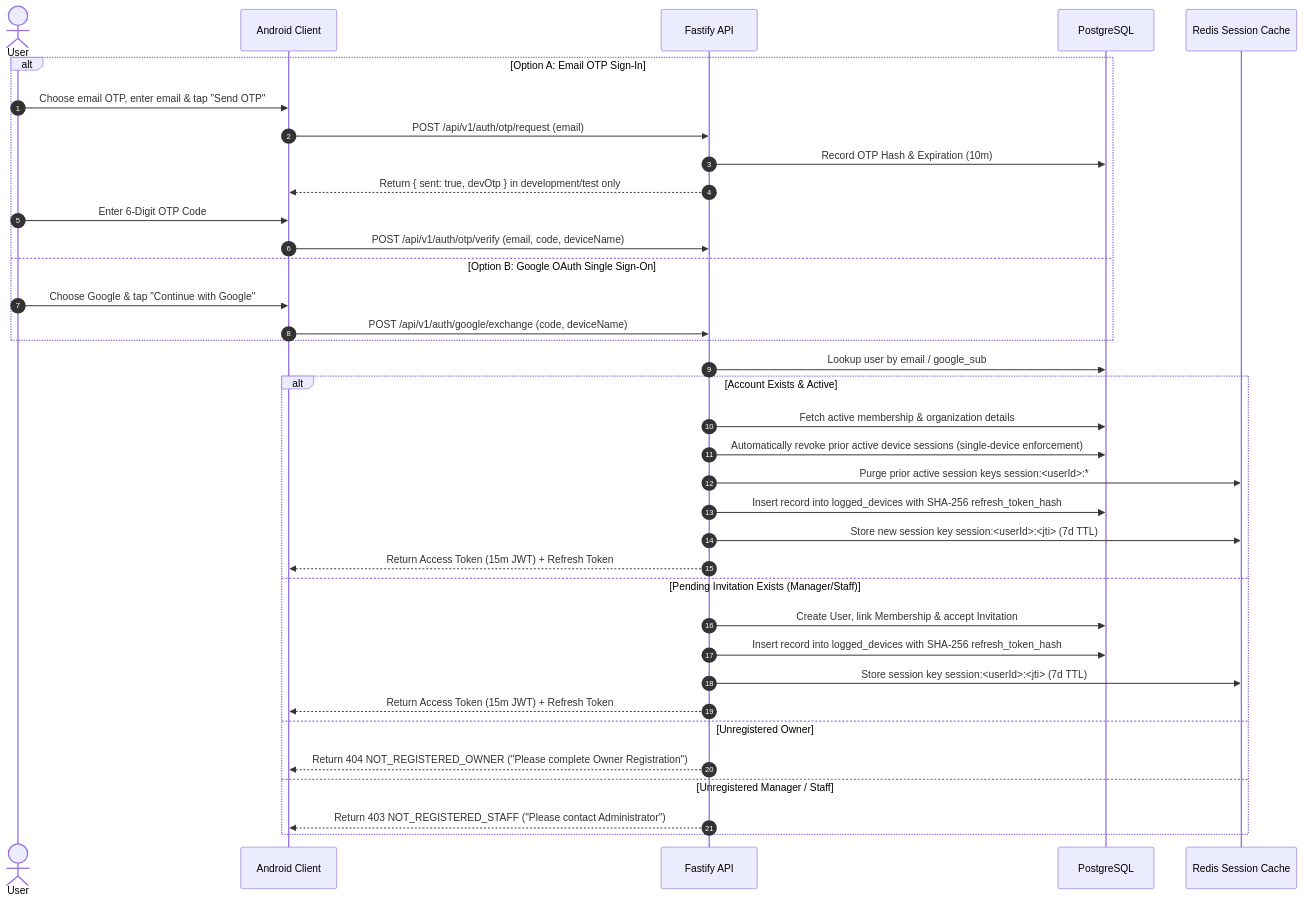
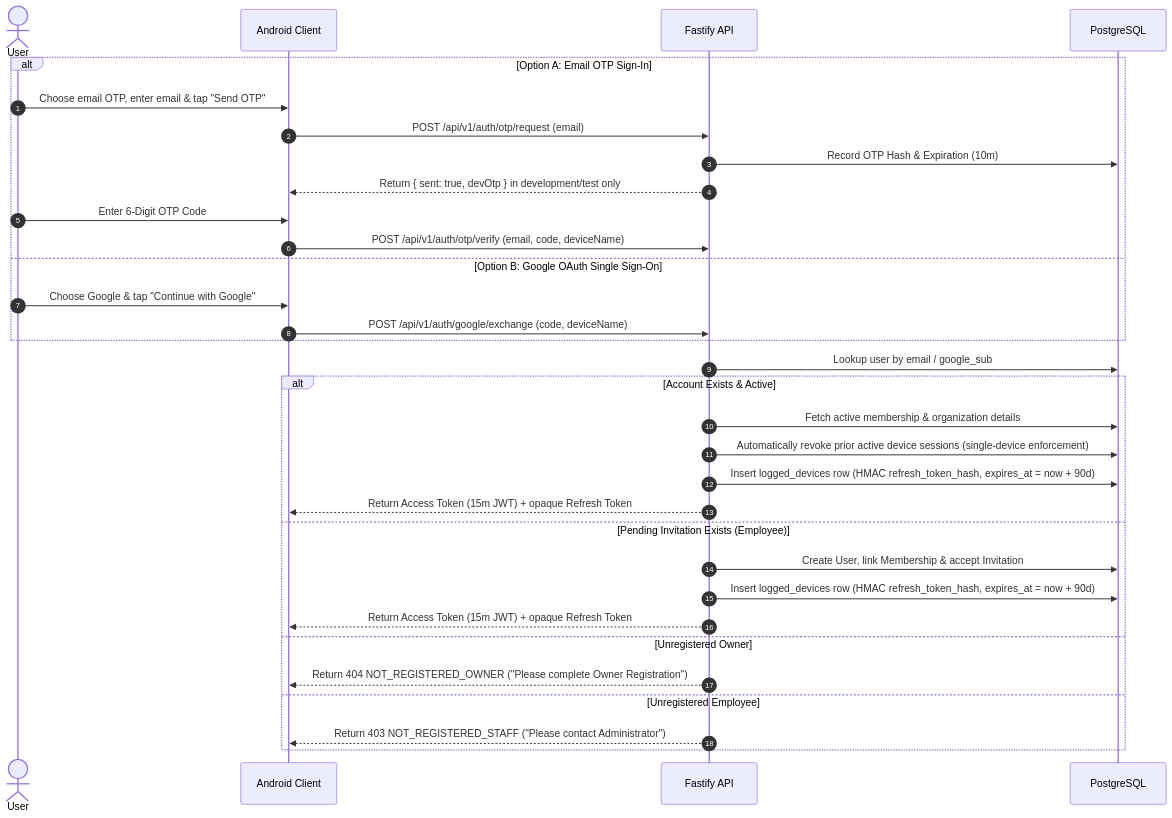
The diagram in docs/AUTHENTICATION.md (Sahin00789/presence-android-app), drawn with Mermaid before and after one commit. The commit also changed other lines of this file and 205 other files, not shown here.

````diff
--- a/docs/AUTHENTICATION.md
+++ b/docs/AUTHENTICATION.md
@@ -18,41 +18,37 @@
 ```mermaid
 sequenceDiagram
     autonumber
     actor User
     participant Android as Android Client
     participant API as Fastify API
     participant DB as PostgreSQL
-    participant Redis as Redis Session Cache
 
     alt Option A: Email OTP Sign-In
         User->>Android: Choose email OTP, enter email & tap "Send OTP"
         Android->>API: POST /api/v1/auth/otp/request (email)
         API->>DB: Record OTP Hash & Expiration (10m)
         API-->>Android: Return { sent: true, devOtp } in development/test only
         User->>Android: Enter 6-Digit OTP Code
         Android->>API: POST /api/v1/auth/otp/verify (email, code, deviceName)
     else Option B: Google OAuth Single Sign-On
         User->>Android: Choose Google & tap "Continue with Google"
         Android->>API: POST /api/v1/auth/google/exchange (code, deviceName)
     end
 
     API->>DB: Lookup user by email / google_sub
 
     alt Account Exists & Active
         API->>DB: Fetch active membership & organization details
         API->>DB: Automatically revoke prior active device sessions (single-device enforcement)
-        API->>Redis: Purge prior active session keys session:<userId>:*
-        API->>DB: Insert record into logged_devices with SHA-256 refresh_token_hash
-        API->>Redis: Store new session key session:<userId>:<jti> (7d TTL)
-        API-->>Android: Return Access Token (15m JWT) + Refresh Token
-    else Pending Invitation Exists (Manager/Staff)
+        API->>DB: Insert logged_devices row (HMAC refresh_token_hash, expires_at = now + 90d)
+        API-->>Android: Return Access Token (15m JWT) + opaque Refresh Token
+    else Pending Invitation Exists (Employee)
         API->>DB: Create User, link Membership & accept Invitation
-        API->>DB: Insert record into logged_devices with SHA-256 refresh_token_hash
-        API->>Redis: Store session key session:<userId>:<jti> (7d TTL)
-        API-->>Android: Return Access Token (15m JWT) + Refresh Token
+        API->>DB: Insert logged_devices row (HMAC refresh_token_hash, expires_at = now + 90d)
+        API-->>Android: Return Access Token (15m JWT) + opaque Refresh Token
     else Unregistered Owner
         API-->>Android: Return 404 NOT_REGISTERED_OWNER ("Please complete Owner Registration")
-    else Unregistered Manager / Staff
+    else Unregistered Employee
         API-->>Android: Return 403 NOT_REGISTERED_STAFF ("Please contact Administrator")
     end
 ```
````
